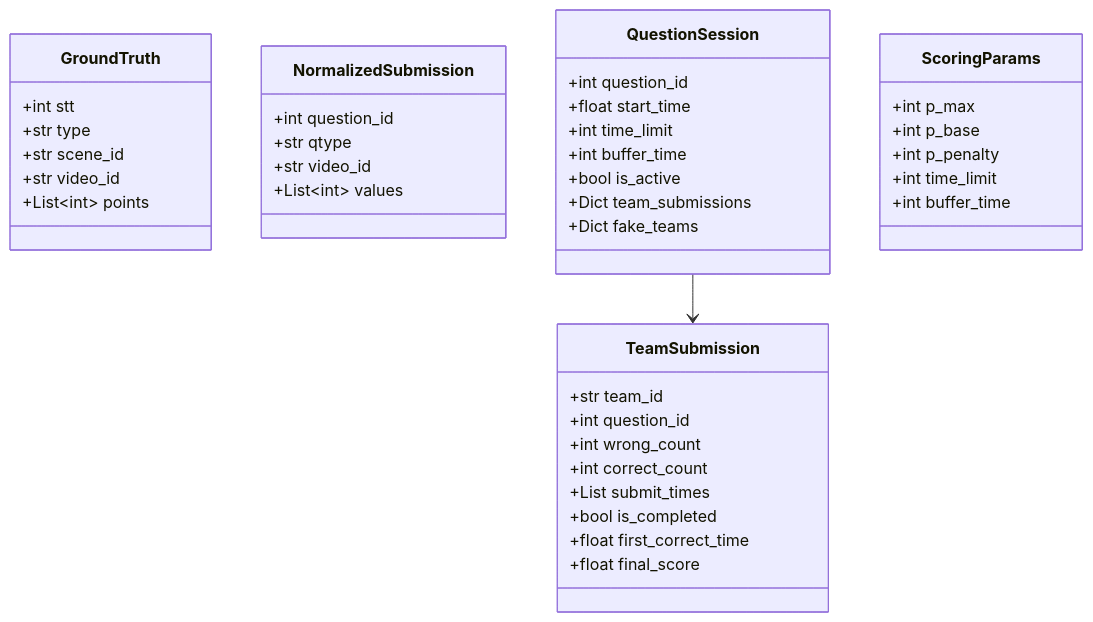
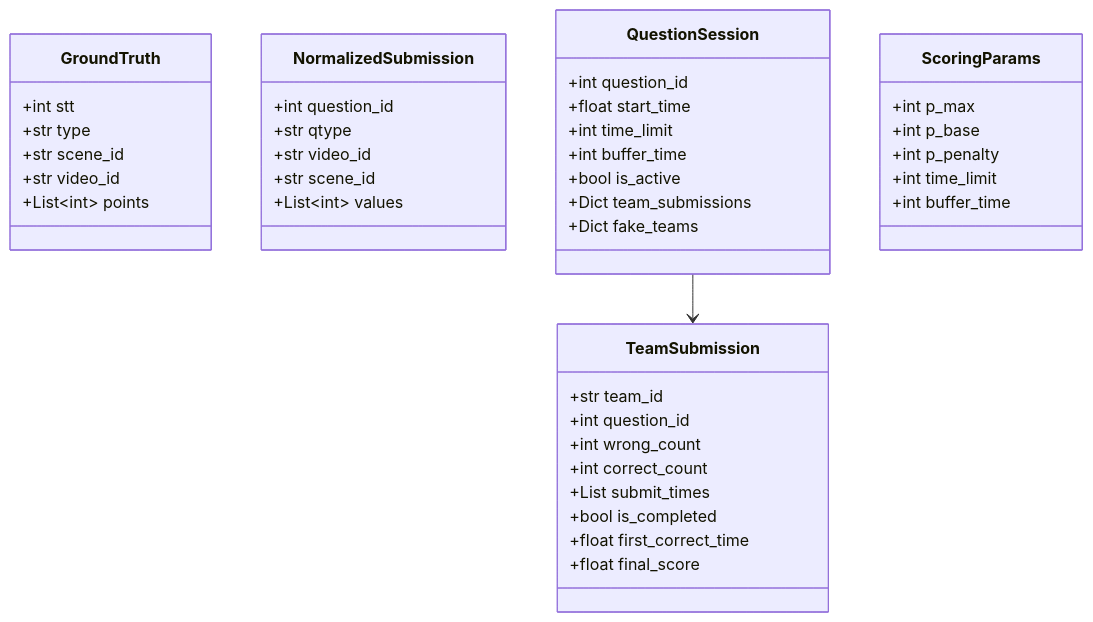
The second of 9 diagrams in docs/system-design.md (finalFlash159/mock-server-scoring-api-for-AIC-VBS), drawn with Mermaid before and after one commit. The commit also changed other lines of this file and 34 other files, not shown here.

````diff
--- a/docs/system-design.md
+++ b/docs/system-design.md
@@ -82,48 +205,49 @@
 ```mermaid
 classDiagram
     class GroundTruth {
         +int stt
         +str type
         +str scene_id
         +str video_id
         +List~int~ points
     }
     
     class NormalizedSubmission {
         +int question_id
         +str qtype
         +str video_id
+        +str scene_id
         +List~int~ values
     }
     
     class QuestionSession {
         +int question_id
         +float start_time
         +int time_limit
         +int buffer_time
         +bool is_active
         +Dict team_submissions
         +Dict fake_teams
     }
     
     class TeamSubmission {
         +str team_id
         +int question_id
         +int wrong_count
         +int correct_count
         +List submit_times
         +bool is_completed
         +float first_correct_time
         +float final_score
     }
     
     class ScoringParams {
         +int p_max
         +int p_base
         +int p_penalty
         +int time_limit
         +int buffer_time
     }
     
     QuestionSession --> TeamSubmission
 ```
````
